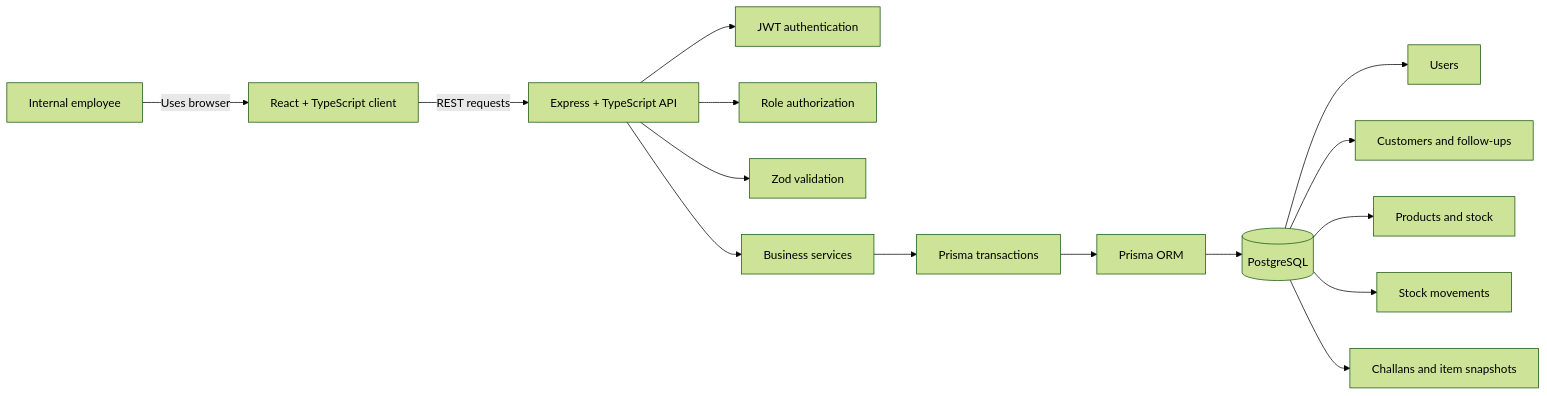
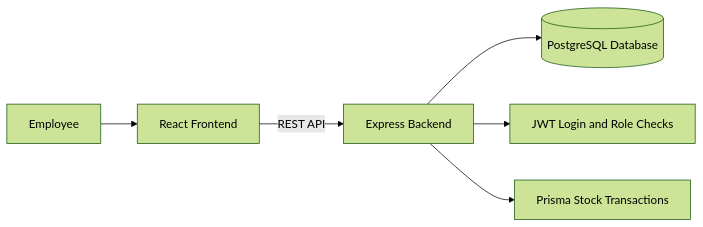
One commit to sahooananya/solar-dispatch changed the diagram in README.md. Above: the diagram before and after it, drawn with Mermaid (forest theme). The commit also changed other lines of this file and 1 other file, not shown here.

Commit message:
docs: updated README and project overview

````diff
--- a/README.md
+++ b/README.md
@@ -131,20 +133,9 @@
 ```mermaid
 flowchart LR
-    U[Internal employee] -->|Uses browser| C[React + TypeScript client]
-    C -->|REST requests| A[Express + TypeScript API]
+    A[Employee] --> B[React Frontend]
+    B -->|REST API| C[Express Backend]
+    C --> D[(PostgreSQL Database)]
 
-    A --> AUTH[JWT authentication]
-    A --> RBAC[Role authorization]
-    A --> VAL[Zod validation]
-    A --> SVC[Business services]
-
-    SVC --> TX[Prisma transactions]
-    TX --> ORM[Prisma ORM]
-    ORM --> DB[(PostgreSQL)]
-
-    DB --> USERS[Users]
-    DB --> CUSTOMERS[Customers and follow-ups]
-    DB --> PRODUCTS[Products and stock]
-    DB --> MOVEMENTS[Stock movements]
-    DB --> CHALLANS[Challans and item snapshots]
+    C --> E[JWT Login and Role Checks]
+    C --> F[Prisma Stock Transactions]
 ```
````
